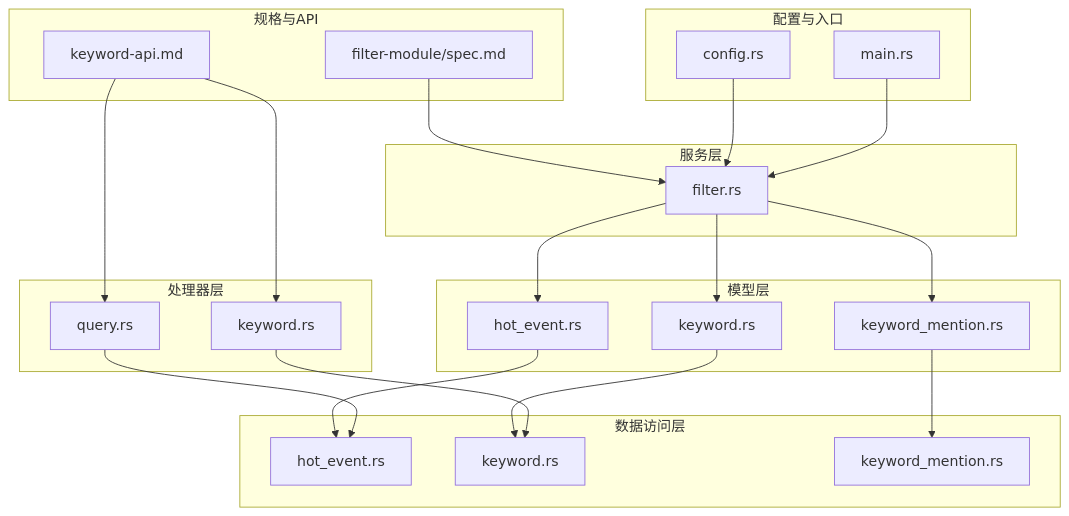
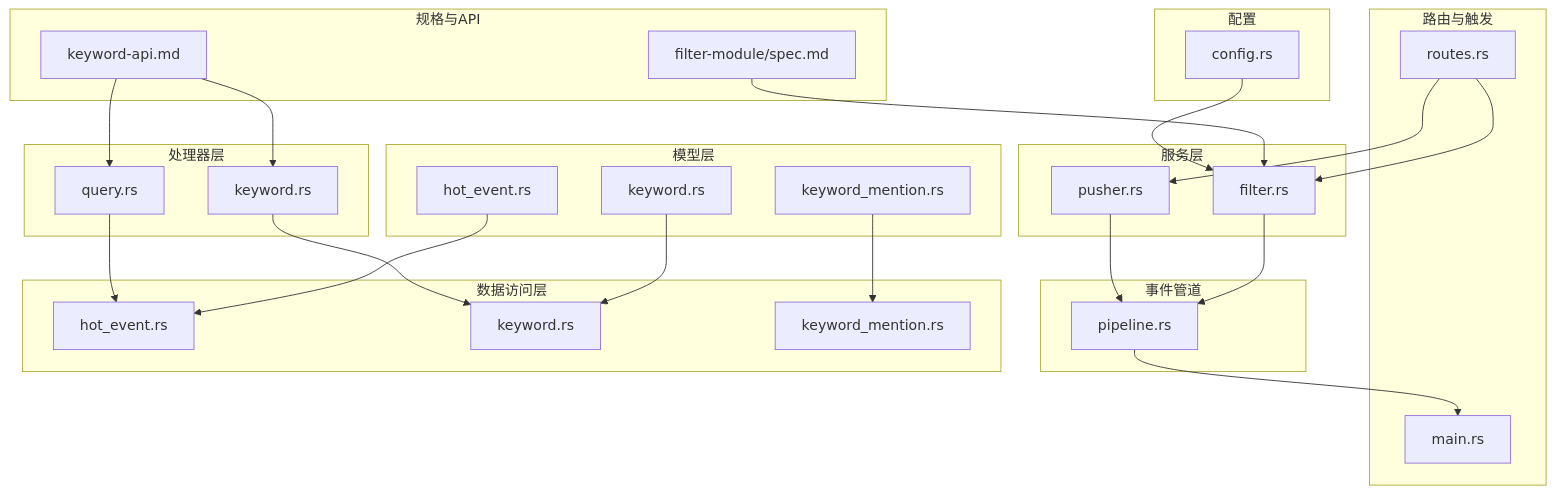
The first of 10 diagrams in .qoder/repowiki/zh/content/核心模块详解/热点检测模块（Filter）/热点检测模块（Filter）.md (leimu-hue/AI-Trend-Tool), drawn with Mermaid before and after one commit. The commit also changed other lines of this file and 74 other files, not shown here.

````diff
--- a/.qoder/repowiki/zh/content/核心模块详解/热点检测模块（Filter）/热点检测模块（Filter）.md
+++ b/.qoder/repowiki/zh/content/核心模块详解/热点检测模块（Filter）/热点检测模块（Filter）.md
@@ -52,41 +58,49 @@
 ```mermaid
 graph TB
 subgraph "服务层"
 F["filter.rs"]
+P["pusher.rs"]
+end
+subgraph "事件管道"
+PIPE["pipeline.rs"]
+end
+subgraph "路由与触发"
+ROUTES["routes.rs"]
+MAIN["main.rs"]
 end
 subgraph "模型层"
 HE["hot_event.rs"]
 KW["keyword.rs"]
 KM["keyword_mention.rs"]
 end
 subgraph "数据访问层"
 DB_HE["hot_event.rs"]
 DB_KW["keyword.rs"]
 DB_KM["keyword_mention.rs"]
 end
 subgraph "处理器层"
 H_KW["keyword.rs"]
 H_Q["query.rs"]
 end
 subgraph "规格与API"
 SPEC["filter-module/spec.md"]
 API["keyword-api.md"]
 end
-subgraph "配置与入口"
+subgraph "配置"
 CFG["config.rs"]
-MAIN["main.rs"]
 end
-F --> HE
-F --> KW
-F --> KM
+F --> PIPE
+P --> PIPE
+PIPE --> MAIN
+ROUTES --> F
+ROUTES --> P
 HE --> DB_HE
 KW --> DB_KW
 KM --> DB_KM
 H_KW --> DB_KW
 H_Q --> DB_HE
 SPEC --> F
 API --> H_KW
 API --> H_Q
 CFG --> F
-MAIN --> F
 ```
````
